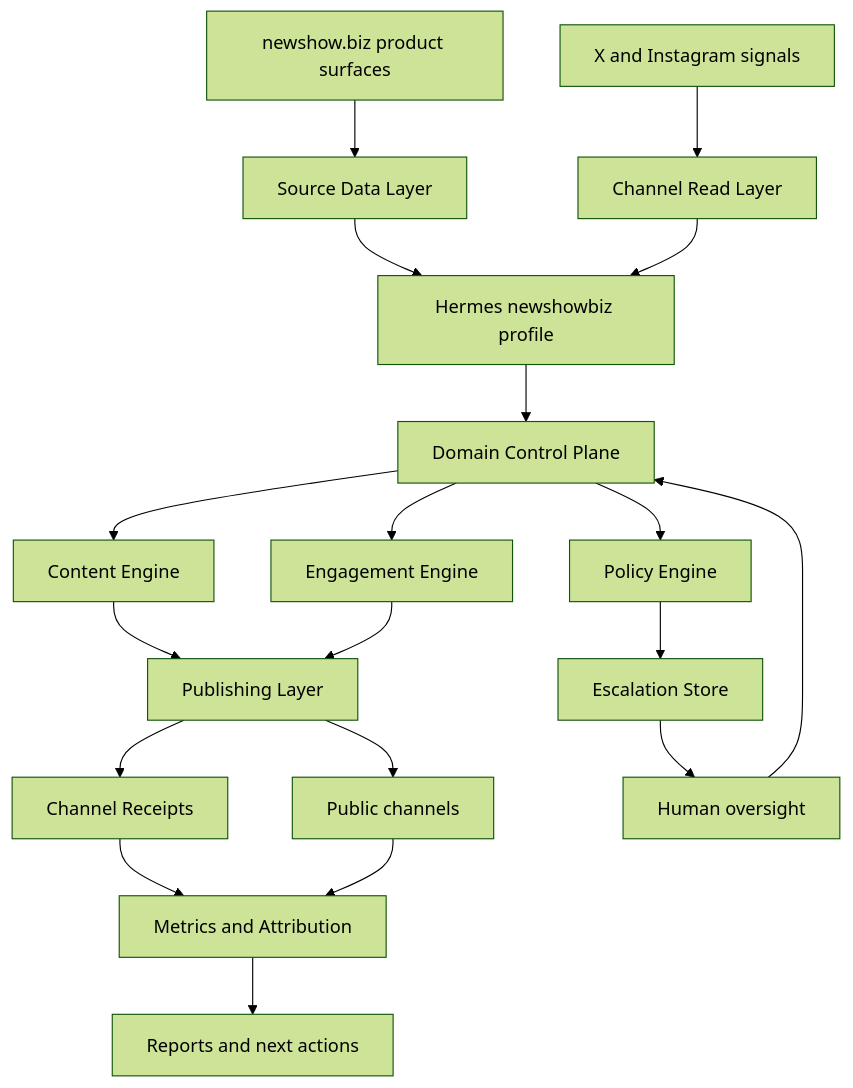
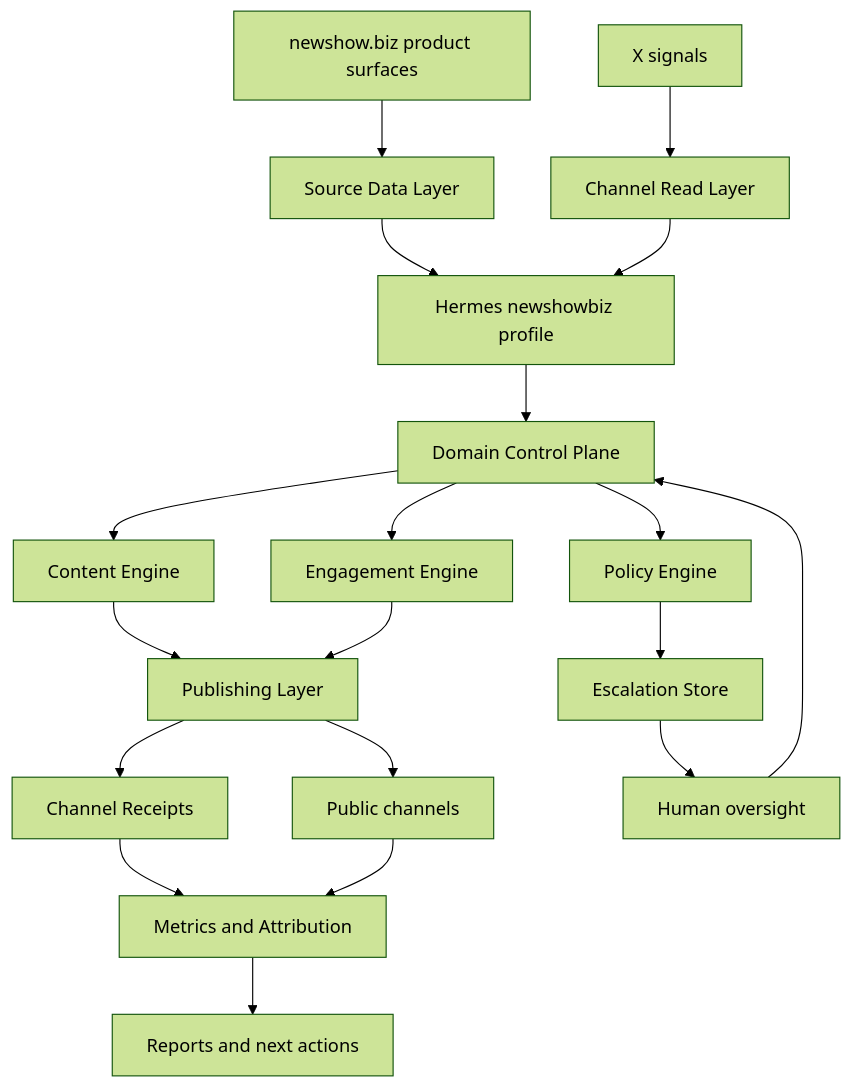
Before and after one commit to St-Expedite-Press/no-hay-banda: the first of 3 diagrams in docs/20-system-spec/implementation-spec.md, drawn with Mermaid (forest theme). The commit also changed other lines of this file and 46 other files, not shown here.

````diff
--- a/docs/20-system-spec/implementation-spec.md
+++ b/docs/20-system-spec/implementation-spec.md
@@ -7,21 +7,21 @@
 ```mermaid
 flowchart TD
     A[newshow.biz product surfaces] --> B[Source Data Layer]
-    X[X and Instagram signals] --> C[Channel Read Layer]
+    X[X signals] --> C[Channel Read Layer]
     B --> D[Hermes newshowbiz profile]
     C --> D
     D --> E[Domain Control Plane]
     E --> F[Policy Engine]
     E --> G[Content Engine]
     E --> H[Engagement Engine]
     F --> I[Escalation Store]
     G --> J[Publishing Layer]
     H --> J
     J --> K[Channel Receipts]
     J --> L[Public channels]
     K --> M[Metrics and Attribution]
     L --> M
     M --> N[Reports and next actions]
     I --> O[Human oversight]
     O --> E
 ```
````
